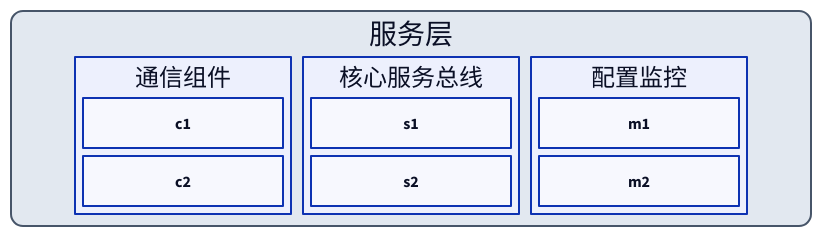
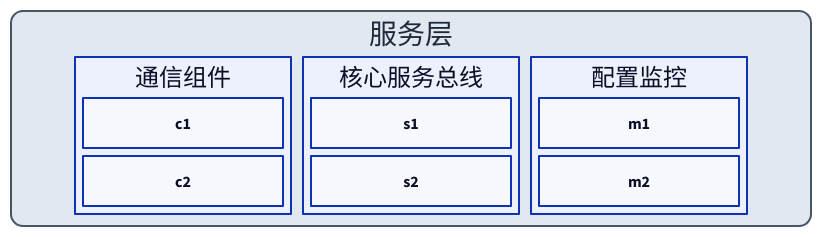
The sixth of 9 diagrams in skills/c4-container-diagram/SKILL.md (syllr/skills), drawn with D2 before and after one commit. The commit also changed other lines of this file, not shown here.

First line of the commit message:
feat: §4.2 补容器标题对比度铁律 + 全模板层容器 font-color

````diff
--- a/skills/c4-container-diagram/SKILL.md
+++ b/skills/c4-container-diagram/SKILL.md
@@ -566,19 +573,19 @@
 ```d2
 服务层: {
   width: 800; grid-columns: 3; grid-gap: 12   # ← 先分 3 个分区
-  style.fill: "#e2e8f0"; style.stroke: "#475569"; style.border-radius: 12
+  style.fill: "#e2e8f0"; style.font-color: "#1e293b"; style.stroke: "#475569"; style.border-radius: 12
 
   通信组件: { grid-columns: 1; grid-gap: 8   # 分区 1：内部嵌套
     c1: { width: 200; height: 50; class: module }
     c2: { width: 200; height: 50; class: module }
   }
   核心服务总线: { grid-columns: 1; grid-gap: 8  # 分区 2
     s1: { width: 200; height: 50; class: module }
     s2: { width: 200; height: 50; class: module }
   }
   配置监控: { grid-columns: 1; grid-gap: 8      # 分区 3
     m1: { width: 200; height: 50; class: module }
     m2: { width: 200; height: 50; class: module }
   }
 }
 ```
````
